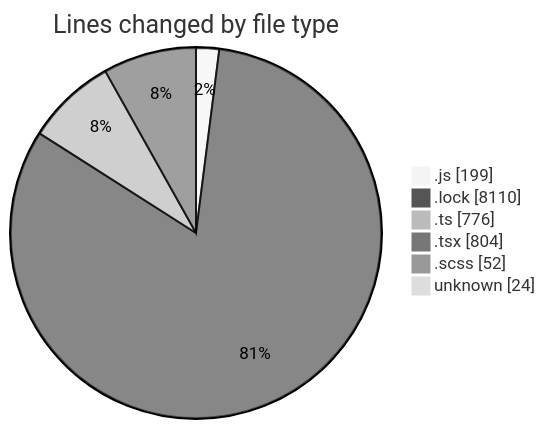
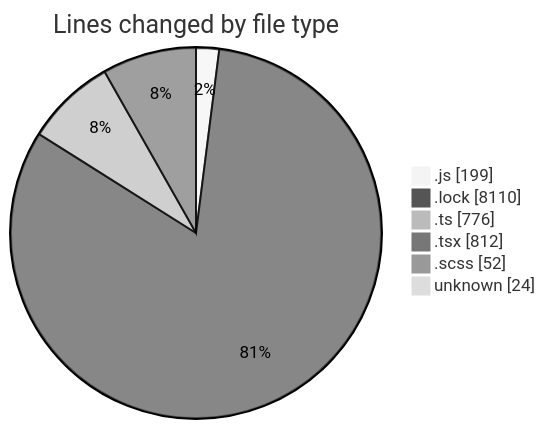
Before and after one commit to momahboobian/code-tracking: the first of 2 diagrams in 2025-02-07/cda/README.md, drawn with Mermaid (neutral theme). The commit also changed other lines of this file and 1 other file, not shown here.

````diff
--- a/2025-02-07/cda/README.md
+++ b/2025-02-07/cda/README.md
@@ -53,10 +53,10 @@
 ```mermaid
 pie showData
 title Lines changed by file type
 ".js" : 199
 ".lock" : 8110
 ".ts" : 776
-".tsx" : 804
+".tsx" : 812
 ".scss" : 52
 "unknown" : 24
 ```
````
